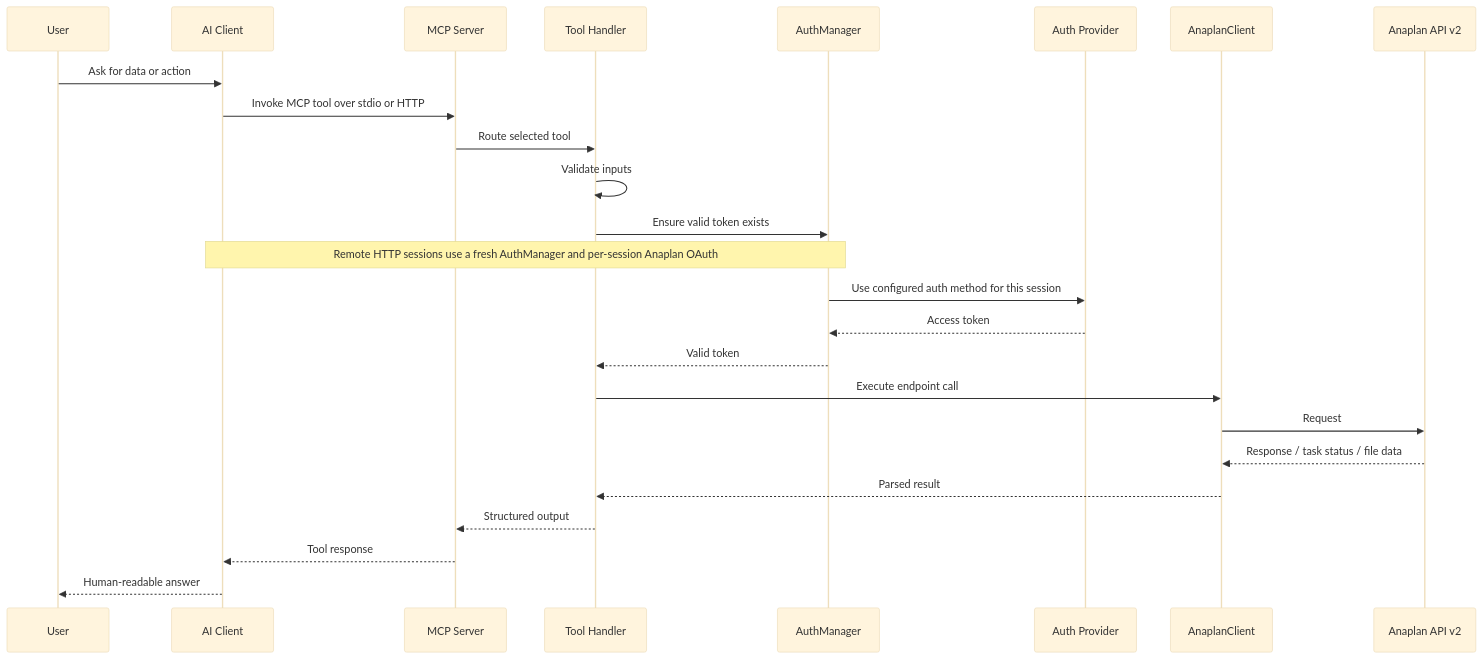
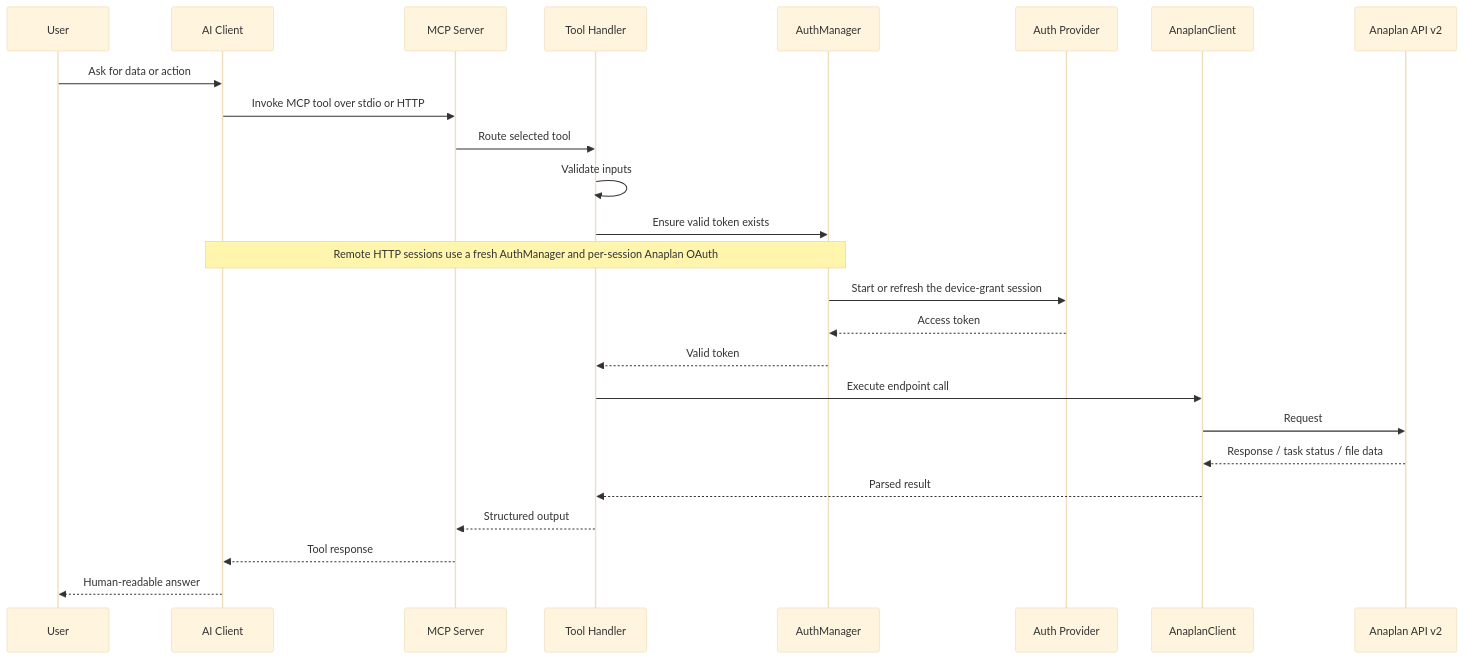
Before and after one commit to lionelsultan/anaplan-mcp: the second of 3 diagrams in docs/architecture/overview.md, drawn with Mermaid (base theme). The commit also changed other lines of this file and 11 other files, not shown here.

First line of the commit message:
Simplify auth to OAuth device grant only

````diff
--- a/docs/architecture/overview.md
+++ b/docs/architecture/overview.md
@@ -77,28 +67,28 @@
 ```mermaid
 sequenceDiagram
     participant User
     participant Client as AI Client
     participant MCP as MCP Server
     participant Tool as Tool Handler
     participant Auth as AuthManager
     participant Provider as Auth Provider
     participant API as AnaplanClient
     participant Anaplan as Anaplan API v2
 
     User->>Client: Ask for data or action
     Client->>MCP: Invoke MCP tool over stdio or HTTP
     MCP->>Tool: Route selected tool
     Tool->>Tool: Validate inputs
     Tool->>Auth: Ensure valid token exists
     Note over Client,Auth: Remote HTTP sessions use a fresh AuthManager and per-session Anaplan OAuth
-    Auth->>Provider: Use configured auth method for this session
+    Auth->>Provider: Start or refresh the device-grant session
     Provider-->>Auth: Access token
     Auth-->>Tool: Valid token
     Tool->>API: Execute endpoint call
     API->>Anaplan: Request
     Anaplan-->>API: Response / task status / file data
     API-->>Tool: Parsed result
     Tool-->>MCP: Structured output
     MCP-->>Client: Tool response
     Client-->>User: Human-readable answer
 ```
````
